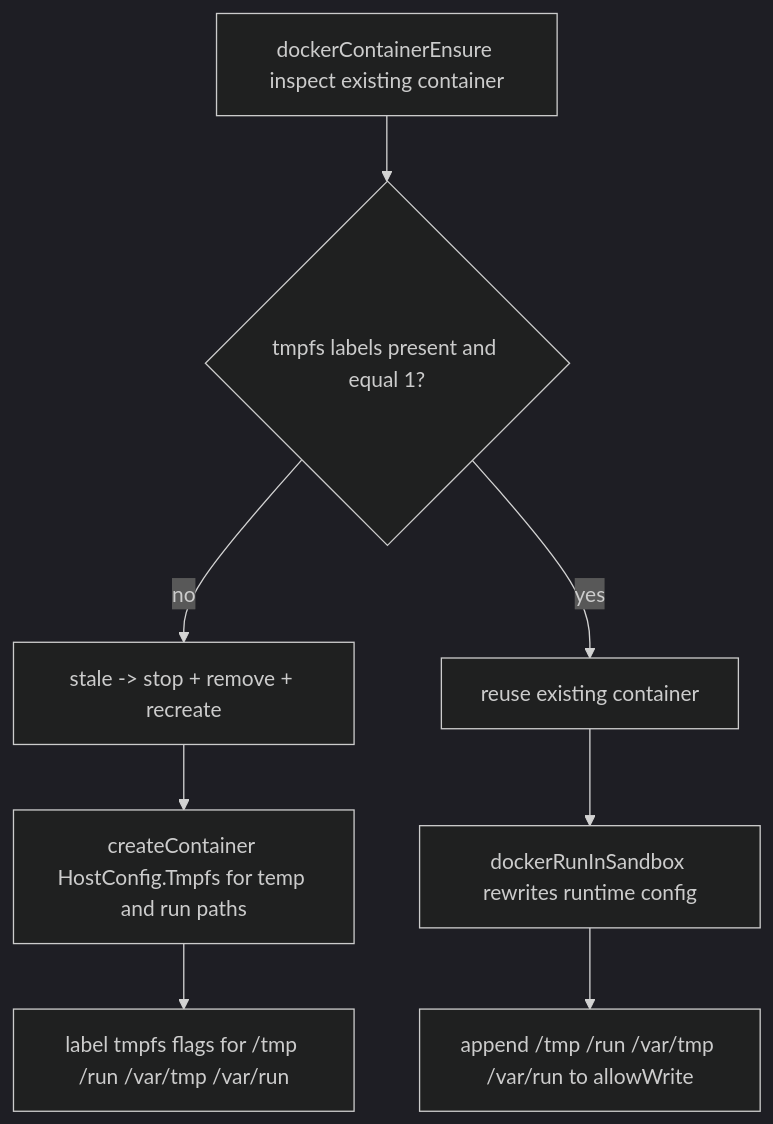
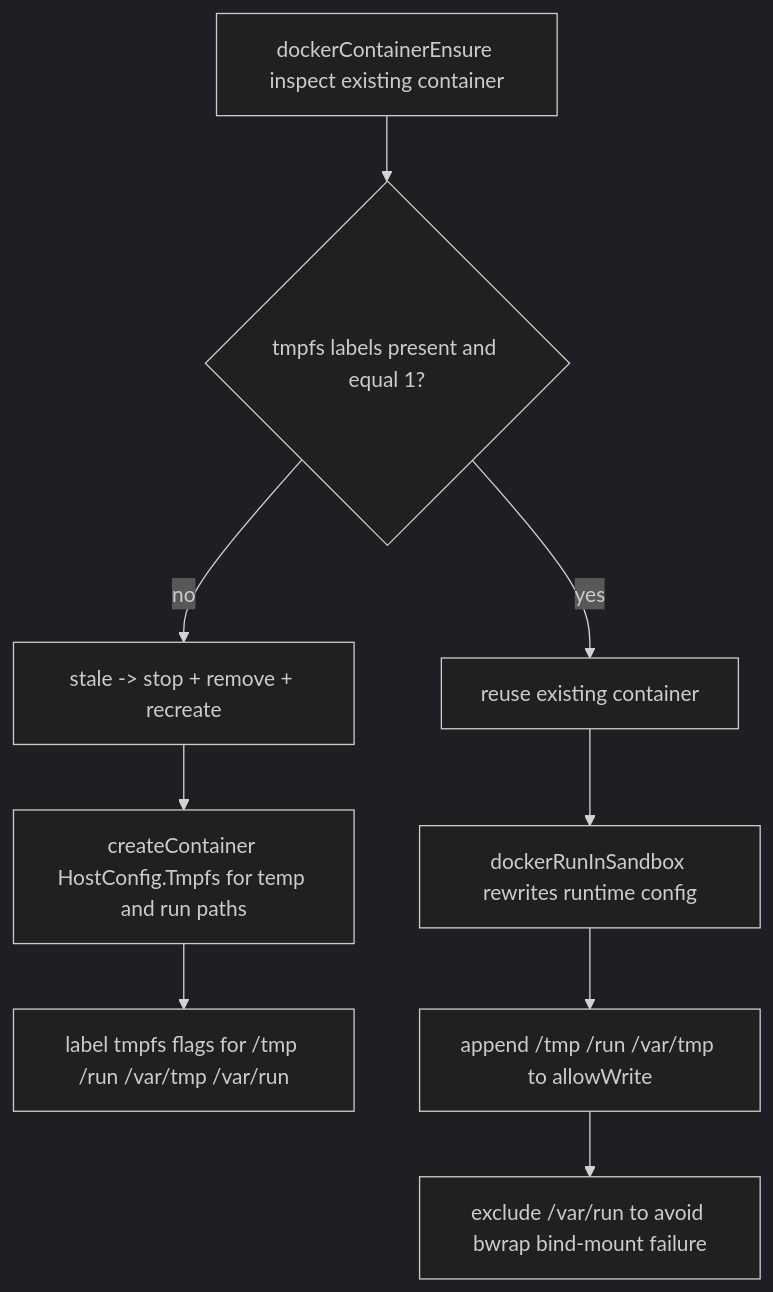
Before and after one commit to ex3ndr/daycare: the diagram in doc/internals/docker-tmpfs-tmp.md, drawn with Mermaid (dark theme). The commit also changed other lines of this file and 3 other files, not shown here.

Commit message:
fix(sandbox): drop /var/run allowWrite rewrite

````diff
--- a/doc/internals/docker-tmpfs-tmp.md
+++ b/doc/internals/docker-tmpfs-tmp.md
@@ -16,10 +18,11 @@
 ```mermaid
 flowchart TD
     A[dockerContainerEnsure inspect existing container] --> B{tmpfs labels present and equal 1?}
     B -- no --> C[stale -> stop + remove + recreate]
     B -- yes --> D[reuse existing container]
     C --> E[createContainer HostConfig.Tmpfs for temp and run paths]
     E --> F[label tmpfs flags for /tmp /run /var/tmp /var/run]
     D --> G[dockerRunInSandbox rewrites runtime config]
-    G --> H[append /tmp /run /var/tmp /var/run to allowWrite]
+    G --> H[append /tmp /run /var/tmp to allowWrite]
+    H --> I[exclude /var/run to avoid bwrap bind-mount failure]
 ```
````
